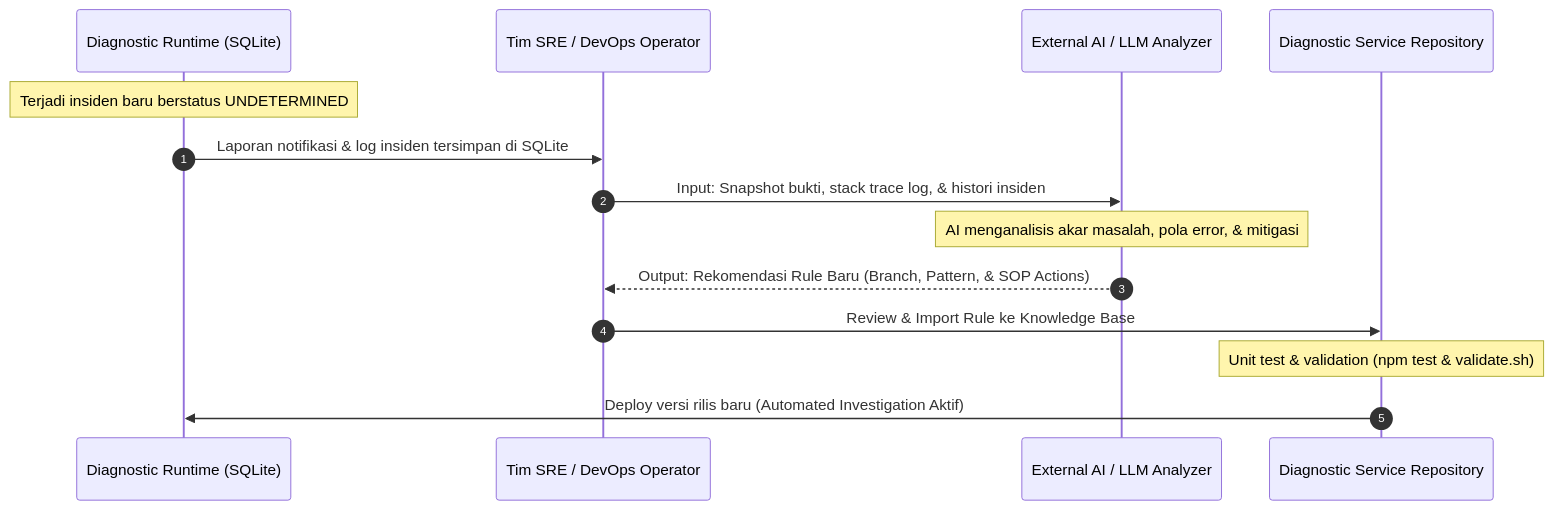
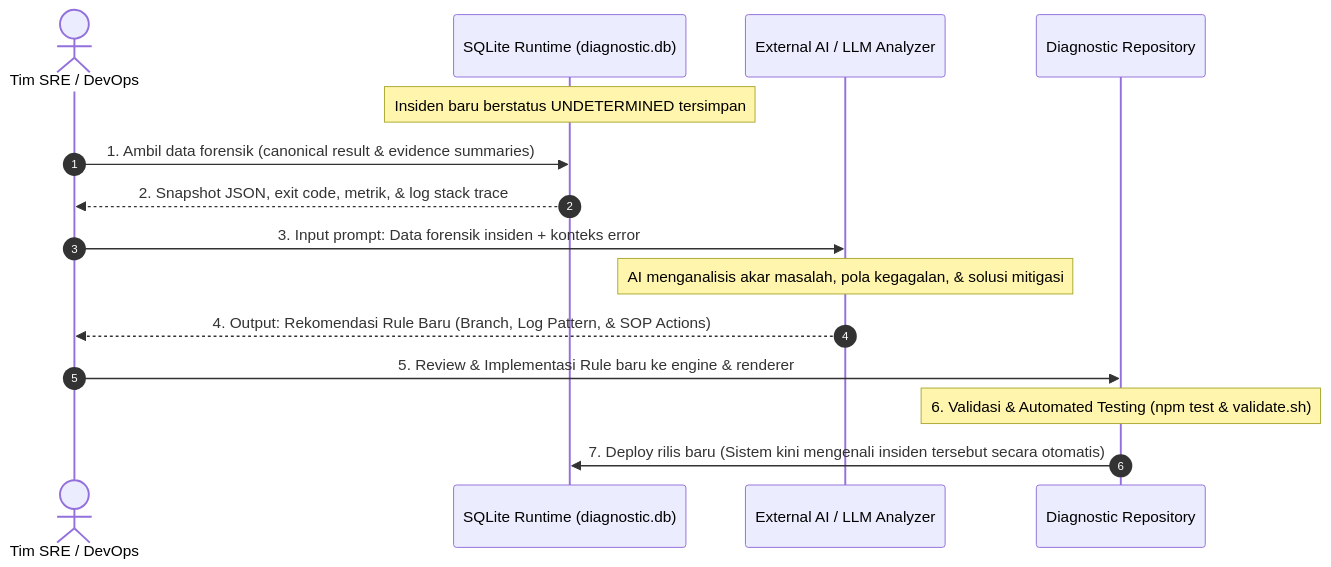
One commit to edkas07-oss/devops-handbook changed the third of 3 diagrams in docs/projects/tomcat-monitoring/diagnostic-mvp/knowledge-base-and-ai-enrichment-architecture.md. Above: the diagram before and after it, drawn with Mermaid. The commit also changed other lines of this file, not shown here.

Commit message:
docs(architecture): polish tables, diagrams, and formatting in Knowledge Base architecture

````diff
--- a/docs/projects/tomcat-monitoring/diagnostic-mvp/knowledge-base-and-ai-enrichment-architecture.md
+++ b/docs/projects/tomcat-monitoring/diagnostic-mvp/knowledge-base-and-ai-enrichment-architecture.md
@@ -86,17 +93,18 @@
 ```mermaid
 sequenceDiagram
     autonumber
-    participant Runtime as Diagnostic Runtime (SQLite)
-    participant SRE as Tim SRE / DevOps Operator
+    actor SRE as Tim SRE / DevOps
+    participant DB as SQLite Runtime (diagnostic.db)
     participant AI as External AI / LLM Analyzer
-    participant Codebase as Diagnostic Service Repository
+    participant Repo as Diagnostic Repository
 
-    Note over Runtime: Terjadi insiden baru berstatus UNDETERMINED
-    Runtime->>SRE: Laporan notifikasi & log insiden tersimpan di SQLite
-    SRE->>AI: Input: Snapshot bukti, stack trace log, & histori insiden
-    Note over AI: AI menganalisis akar masalah, pola error, & mitigasi
-    AI-->>SRE: Output: Rekomendasi Rule Baru (Branch, Pattern, & SOP Actions)
-    SRE->>Codebase: Review & Import Rule ke Knowledge Base
-    Note over Codebase: Unit test & validation (npm test & validate.sh)
-    Codebase->>Runtime: Deploy versi rilis baru (Automated Investigation Aktif)
+    Note over DB: Insiden baru berstatus UNDETERMINED tersimpan
+    SRE->>DB: 1. Ambil data forensik (canonical result & evidence summaries)
+    DB-->>SRE: 2. Snapshot JSON, exit code, metrik, & log stack trace
+    SRE->>AI: 3. Input prompt: Data forensik insiden + konteks error
+    Note over AI: AI menganalisis akar masalah, pola kegagalan, & solusi mitigasi
+    AI-->>SRE: 4. Output: Rekomendasi Rule Baru (Branch, Log Pattern, & SOP Actions)
+    SRE->>Repo: 5. Review & Implementasi Rule baru ke engine & renderer
+    Note over Repo: 6. Validasi & Automated Testing (npm test & validate.sh)
+    Repo->>DB: 7. Deploy rilis baru (Sistem kini mengenali insiden tersebut secara otomatis)
 ```
````
